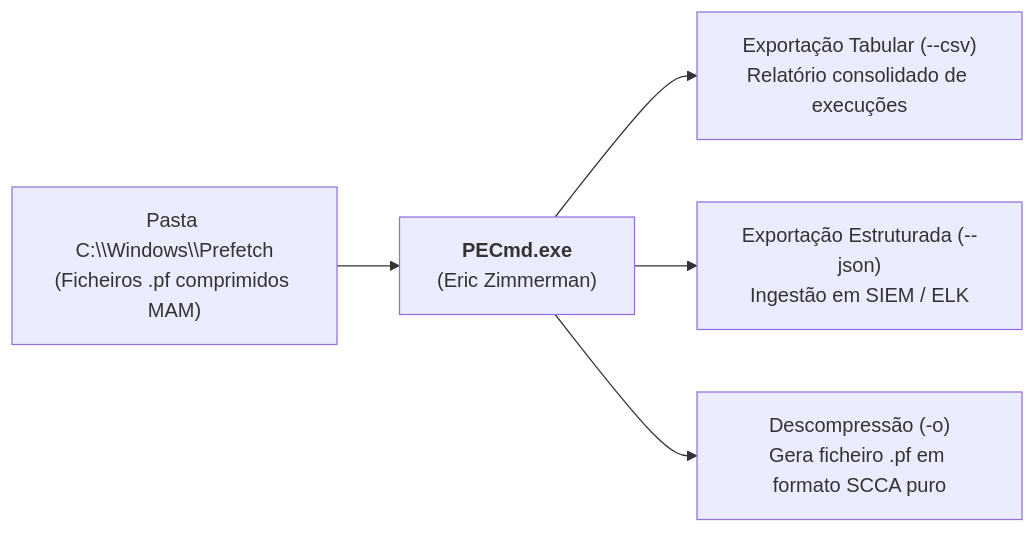
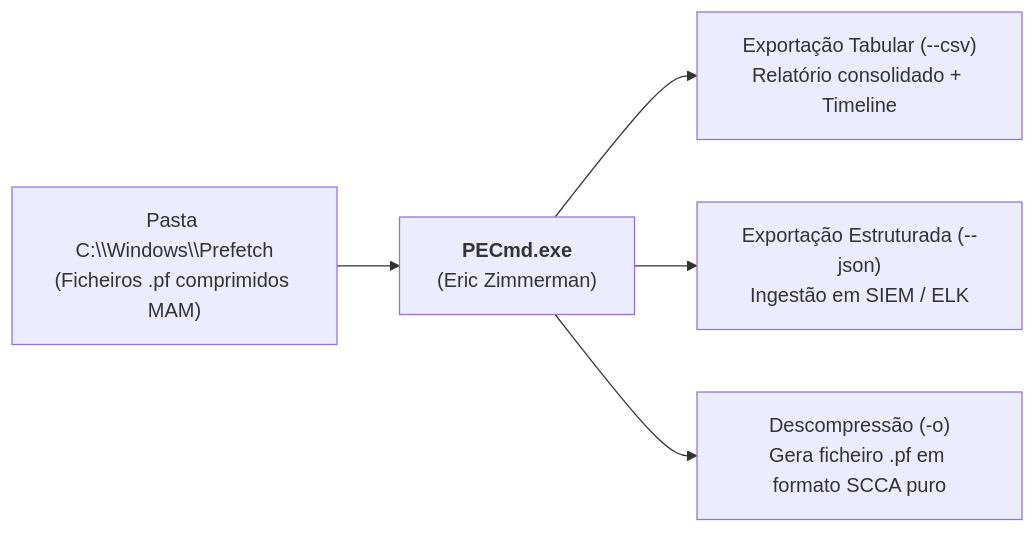
One commit to IanR0sal3s/MCIF-Vault changed the diagram in ASSI/Capítulo 01 - Sistemas Operativos, Serviços e Artefactos/10 - Prefetch e SysMain/Análise Forense e Criação a Pedido do Prefetch.md. Above: the diagram before and after it, drawn with Mermaid. The commit also changed other lines of this file and 140 other files, not shown here.

````diff
--- a/ASSI/Capítulo 01 - Sistemas Operativos, Serviços e Artefactos/10 - Prefetch e SysMain/Análise Forense e Criação a Pedido do Prefetch.md
+++ b/ASSI/Capítulo 01 - Sistemas Operativos, Serviços e Artefactos/10 - Prefetch e SysMain/Análise Forense e Criação a Pedido do Prefetch.md
@@ -75,7 +80,7 @@
 ```mermaid
 flowchart LR
     PFDir["Pasta C:\\Windows\\Prefetch<br/>(Ficheiros .pf comprimidos MAM)"] --> PECmd["<b>PECmd.exe</b><br/>(Eric Zimmerman)"]
-    PECmd --> CSV["Exportação Tabular (--csv)<br/>Relatório consolidado de execuções"]
+    PECmd --> CSV["Exportação Tabular (--csv)<br/>Relatório consolidado + Timeline"]
     PECmd --> JSON["Exportação Estruturada (--json)<br/>Ingestão em SIEM / ELK"]
     PECmd --> Decomp["Descompressão (-o)<br/>Gera ficheiro .pf em formato SCCA puro"]
 ```
````
